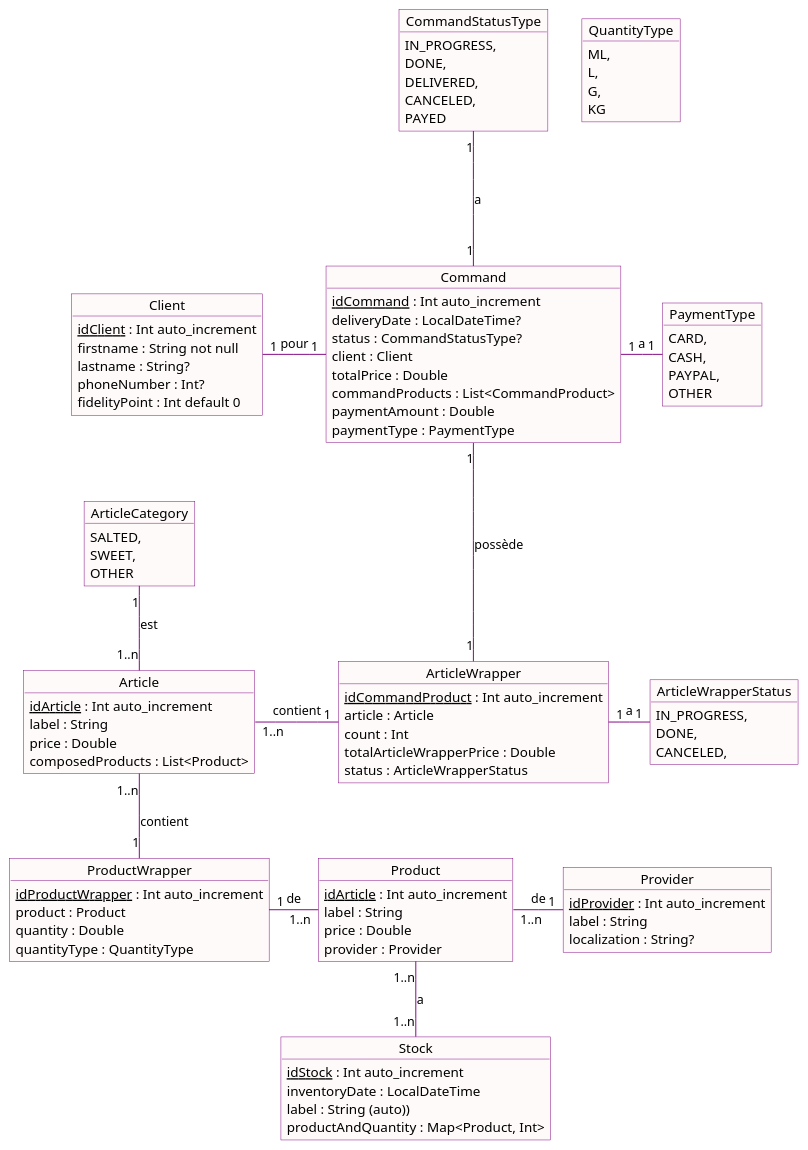
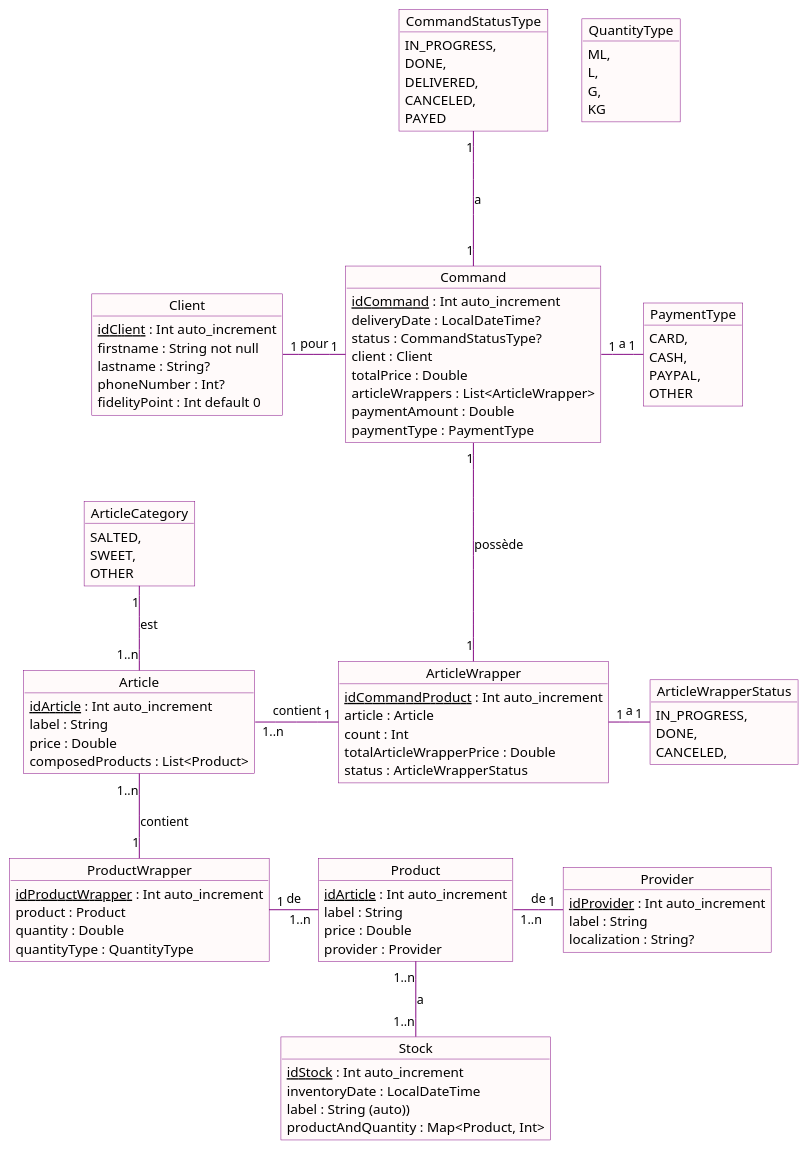
The diagram in documentation/src/main/java/com/jeanloth/project/android/kotlin/documentation/conception.puml (Schtroumphy/Axounaut-android), drawn with PlantUML before and after one commit. The commit also changed 58 other files, not shown here.

```diff
--- a/documentation/src/main/java/com/jeanloth/project/android/kotlin/documentation/conception.puml
+++ b/documentation/src/main/java/com/jeanloth/project/android/kotlin/documentation/conception.puml
@@ -1,116 +1,116 @@
 @startuml
 
 skinparam object {
     BackgroundColor Snow
     BorderColor Purple
     ArrowColor Purple
 }
 
 object PaymentType{
     CARD,
     CASH,
     PAYPAL,
     OTHER
 }
 
 object Command{
     <u>idCommand</u> : Int auto_increment
     deliveryDate : LocalDateTime?
     status : CommandStatusType?
     client : Client
     totalPrice : Double
-    commandProducts : List<CommandProduct>
+    articleWrappers : List<ArticleWrapper>
     paymentAmount : Double
     paymentType : PaymentType
 }
 
 object ArticleWrapper {
     <u>idCommandProduct</u> : Int auto_increment
     article : Article
     count : Int
     totalArticleWrapperPrice : Double
     status : ArticleWrapperStatus
 }
 
 object Client{
     <u>idClient</u> : Int auto_increment
     firstname : String not null
     lastname : String?
     phoneNumber : Int?
     fidelityPoint : Int default 0
 }
 
 object ArticleWrapperStatus{
     IN_PROGRESS,
     DONE,
     CANCELED,
 }
 
 object CommandStatusType{
     IN_PROGRESS,
     DONE,
     DELIVERED,
     CANCELED,
     PAYED
 }
 
 object Article{
     <u>idArticle</u> : Int auto_increment
     label : String
     price : Double
     composedProducts : List<Product>
 }
 
 object ArticleCategory {
     SALTED,
     SWEET,
     OTHER
 }
 
 object ProductWrapper{
     <u>idProductWrapper</u> : Int auto_increment
     product : Product
     quantity : Double
     quantityType : QuantityType
 }
 
 object QuantityType {
     ML,
     L,
     G,
     KG
 }
 
 object Product{
     <u>idArticle</u> : Int auto_increment
     label : String
     price : Double
     provider : Provider
 }
 
 object Provider{
     <u>idProvider</u> : Int auto_increment
     label : String
     localization : String?
 }
 
 object Stock{
     <u>idStock</u> : Int auto_increment
     inventoryDate : LocalDateTime
     label : String (auto))
     productAndQuantity : Map<Product, Int>
 }
 
 Command "1" -right- "1" PaymentType : a
 Command "1" --left- "1" Client : pour
 Command "1" --down- "1" ArticleWrapper : possède
 Command "1" --up- "1" CommandStatusType : a
 ArticleWrapper "1" --right- "1" ArticleWrapperStatus : a
 Article "1..n" -up- "1" ArticleCategory : est
 Article "1..n" -right- "1" ArticleWrapper : contient
 Article "1..n" -down- "1" ProductWrapper : contient
 Product "1..n" -right- "1" Provider : de
 ProductWrapper "1" -right- "1..n" Product : de
 Product "1..n" -down- "1..n" Stock : a
 
 @enduml
```
